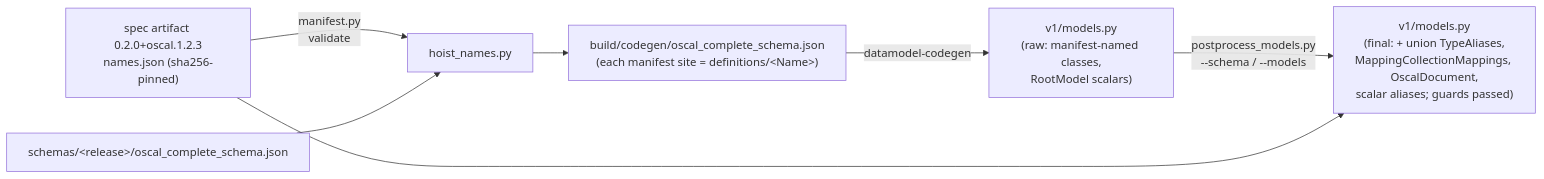
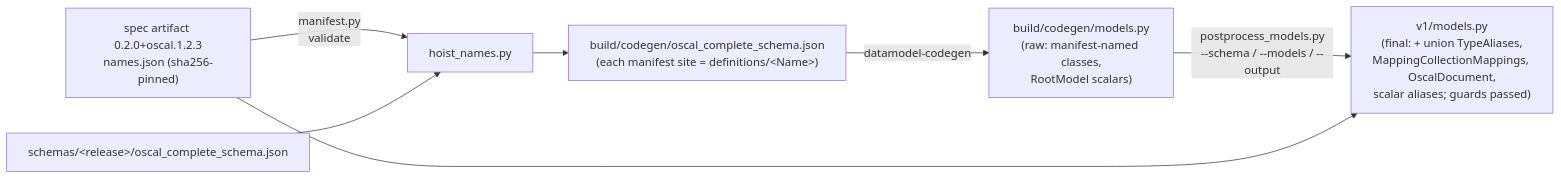
Before and after one commit to cairn-proofs/oscal-bindings-python: the second of 2 diagrams in .agents/summary/architecture.md, drawn with Mermaid. The commit also changed other lines of this file and 21 other files, not shown here.

````diff
--- a/.agents/summary/architecture.md
+++ b/.agents/summary/architecture.md
@@ -82,9 +82,9 @@
 ```mermaid
 flowchart LR
     N["spec artifact 0.2.0+oscal.1.2.3<br/>names.json (sha256-pinned)"] -->|"manifest.py<br/>validate"| H
     A["schemas/&lt;release&gt;/oscal_complete_schema.json"] --> H["hoist_names.py"]
     H --> HS["build/codegen/oscal_complete_schema.json<br/>(each manifest site = definitions/&lt;Name&gt;)"]
-    HS -->|"datamodel-codegen"| B["v1/models.py<br/>(raw: manifest-named classes,<br/>RootModel scalars)"]
-    B -->|"postprocess_models.py<br/>--schema / --models"| C["v1/models.py<br/>(final: + union TypeAliases,<br/>MappingCollectionMappings, OscalDocument,<br/>scalar aliases; guards passed)"]
+    HS -->|"datamodel-codegen"| B["build/codegen/models.py<br/>(raw: manifest-named classes,<br/>RootModel scalars)"]
+    B -->|"postprocess_models.py<br/>--schema / --models / --output"| C["v1/models.py<br/>(final: + union TypeAliases,<br/>MappingCollectionMappings, OscalDocument,<br/>scalar aliases; guards passed)"]
     N --> C
 ```
````
